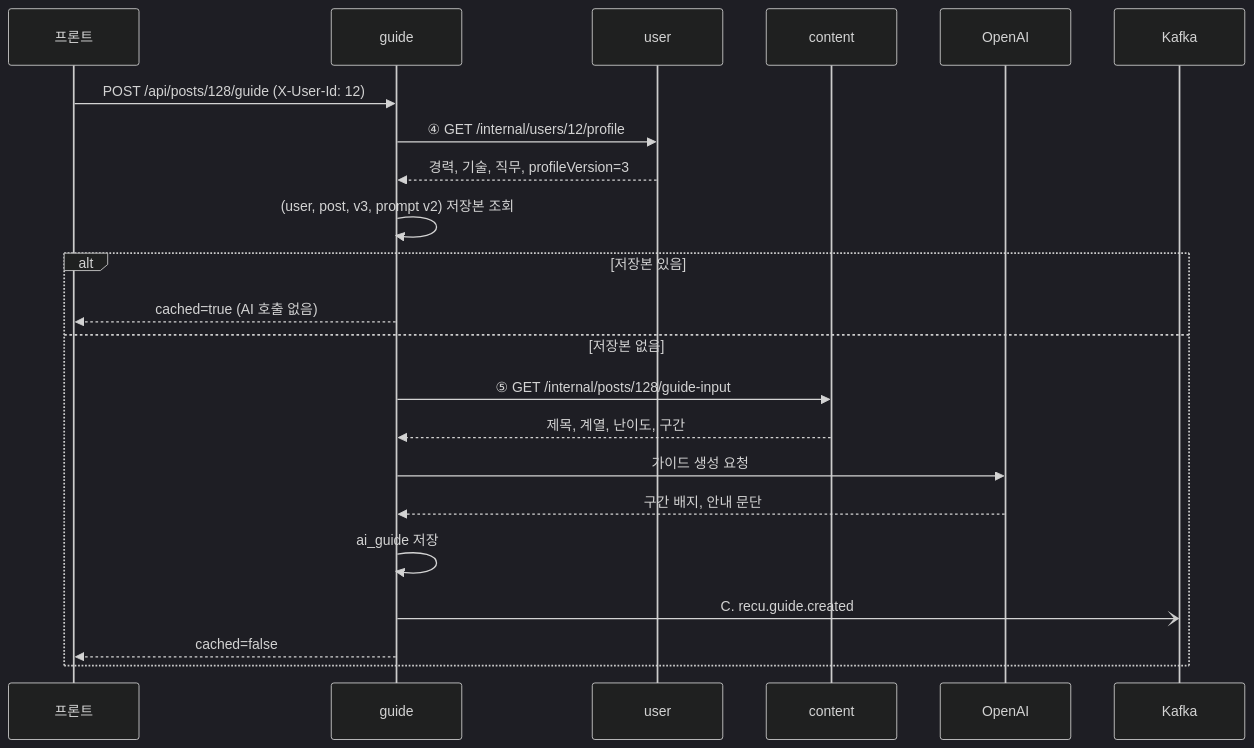
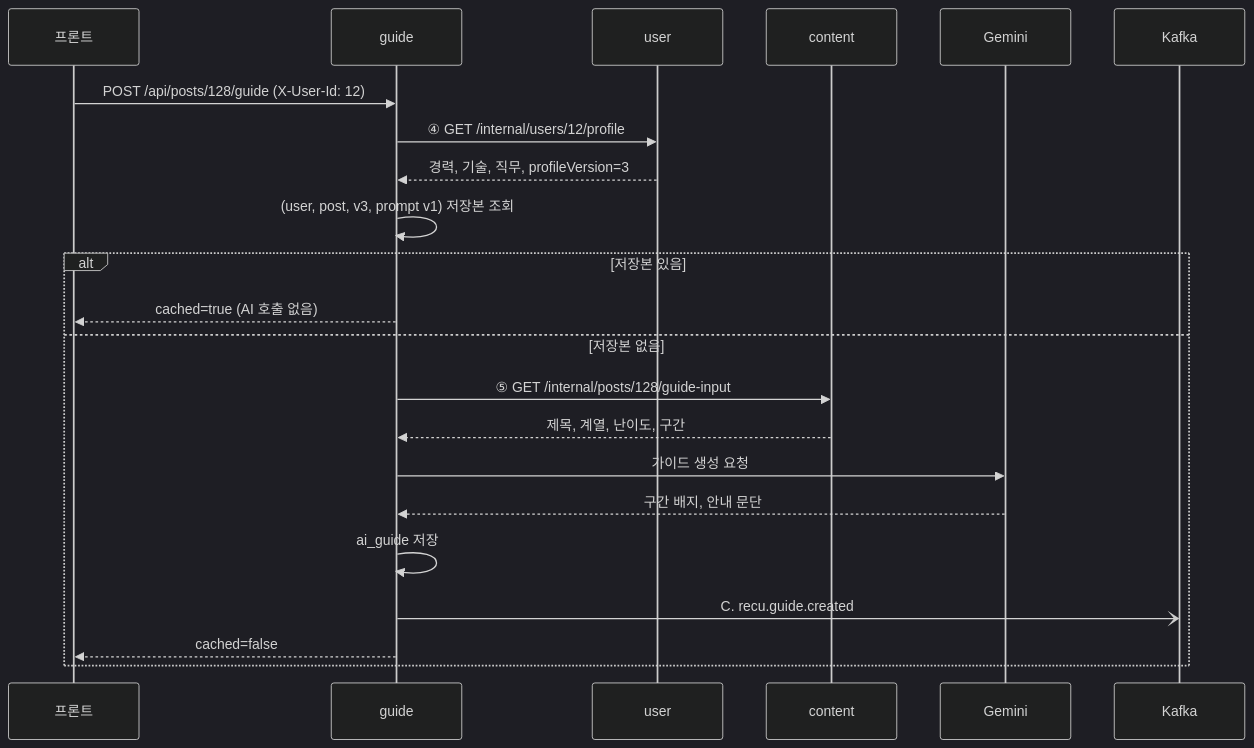
The third of 4 diagrams in docs/design.md (LGCNS-MiniProject-Group3/backend), drawn with Mermaid (dark theme) before and after one commit. The commit also changed other lines of this file and 3 other files, not shown here.

````diff
--- a/docs/design.md
+++ b/docs/design.md
@@ -282,24 +286,24 @@
 ```mermaid
 sequenceDiagram
   participant FE as 프론트
   participant G as guide
   participant U as user
   participant C as content
-  participant AI as OpenAI
+  participant AI as Gemini
   participant K as Kafka
   FE->>G: POST /api/posts/128/guide (X-User-Id: 12)
   G->>U: ④ GET /internal/users/12/profile
   U-->>G: 경력, 기술, 직무, profileVersion=3
-  G->>G: (user, post, v3, prompt v2) 저장본 조회
+  G->>G: (user, post, v3, prompt v1) 저장본 조회
   alt 저장본 있음
     G-->>FE: cached=true (AI 호출 없음)
   else 저장본 없음
     G->>C: ⑤ GET /internal/posts/128/guide-input
     C-->>G: 제목, 계열, 난이도, 구간
     G->>AI: 가이드 생성 요청
     AI-->>G: 구간 배지, 안내 문단
     G->>G: ai_guide 저장
     G-)K: C. recu.guide.created
     G-->>FE: cached=false
   end
 ```
````
